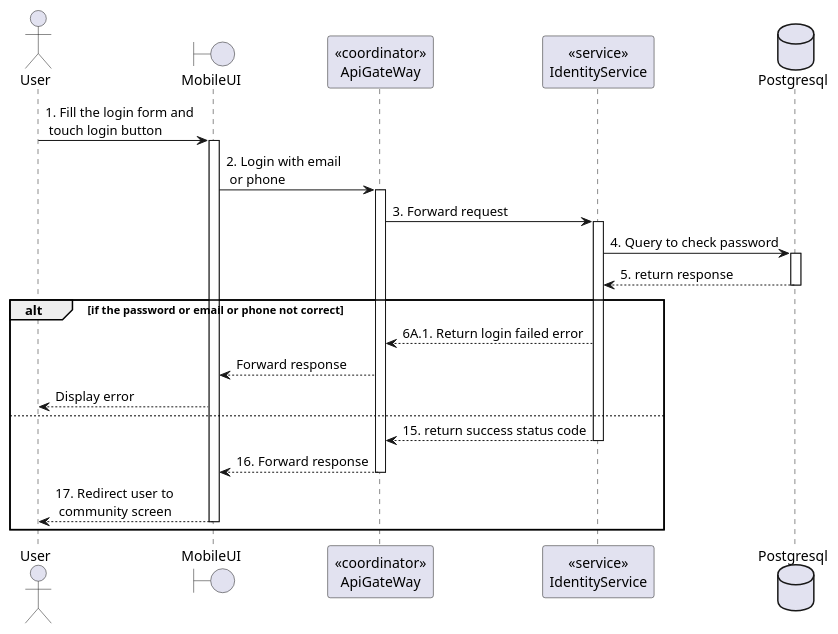
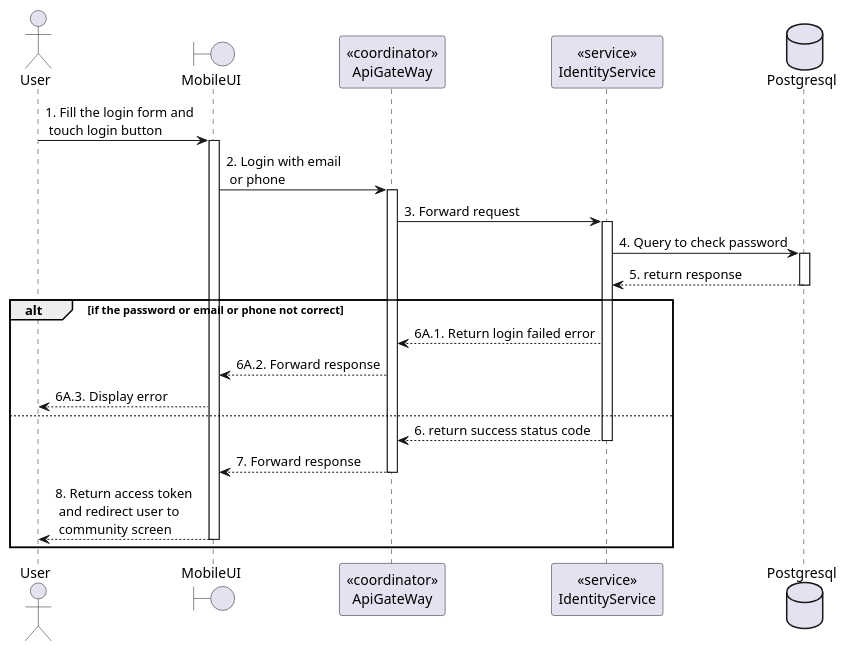
Before and after one commit to Carl-Johnsons/tastopia: the diagram in doc/SDS/Identity/Login/Sequence.plantuml, drawn with PlantUML. The commit also changed 2 other files, not shown here.

```diff
--- a/doc/SDS/Identity/Login/Sequence.plantuml
+++ b/doc/SDS/Identity/Login/Sequence.plantuml
@@ -1,35 +1,35 @@
 @startuml Login
 actor User
 boundary MobileUI
 participant "<<coordinator>>\nApiGateWay" as ApiGateway
 participant "<<service>>\nIdentityService" as IdentityService
 database Postgresql
 
 User -> MobileUI: 1. Fill the login form and \n touch login button
 activate MobileUI
 
 MobileUI -> ApiGateway: 2. Login with email\n or phone
 activate ApiGateway
 
 ApiGateway -> IdentityService: 3. Forward request
 activate IdentityService
 
 IdentityService -> Postgresql: 4. Query to check password
 activate Postgresql
 IdentityService <-- Postgresql: 5. return response
 deactivate Postgresql
 
 alt if the password or email or phone not correct
     ApiGateway <-- IdentityService: 6A.1. Return login failed error
-    MobileUI <-- ApiGateway: Forward response
-    User <-- MobileUI: Display error
+    MobileUI <-- ApiGateway: 6A.2. Forward response
+    User <-- MobileUI: 6A.3. Display error
 else 
-    ApiGateway <-- IdentityService: 15. return success status code
+    ApiGateway <-- IdentityService: 6. return success status code
     deactivate IdentityService
-    MobileUI <-- ApiGateway: 16. Forward response
+    MobileUI <-- ApiGateway: 7. Forward response
     deactivate ApiGateway
-    User <-- MobileUI: 17. Redirect user to\n community screen
+    User <-- MobileUI: 8. Return access token\n and redirect user to\n community screen
     deactivate MobileUI
 end
 
 @enduml
```
